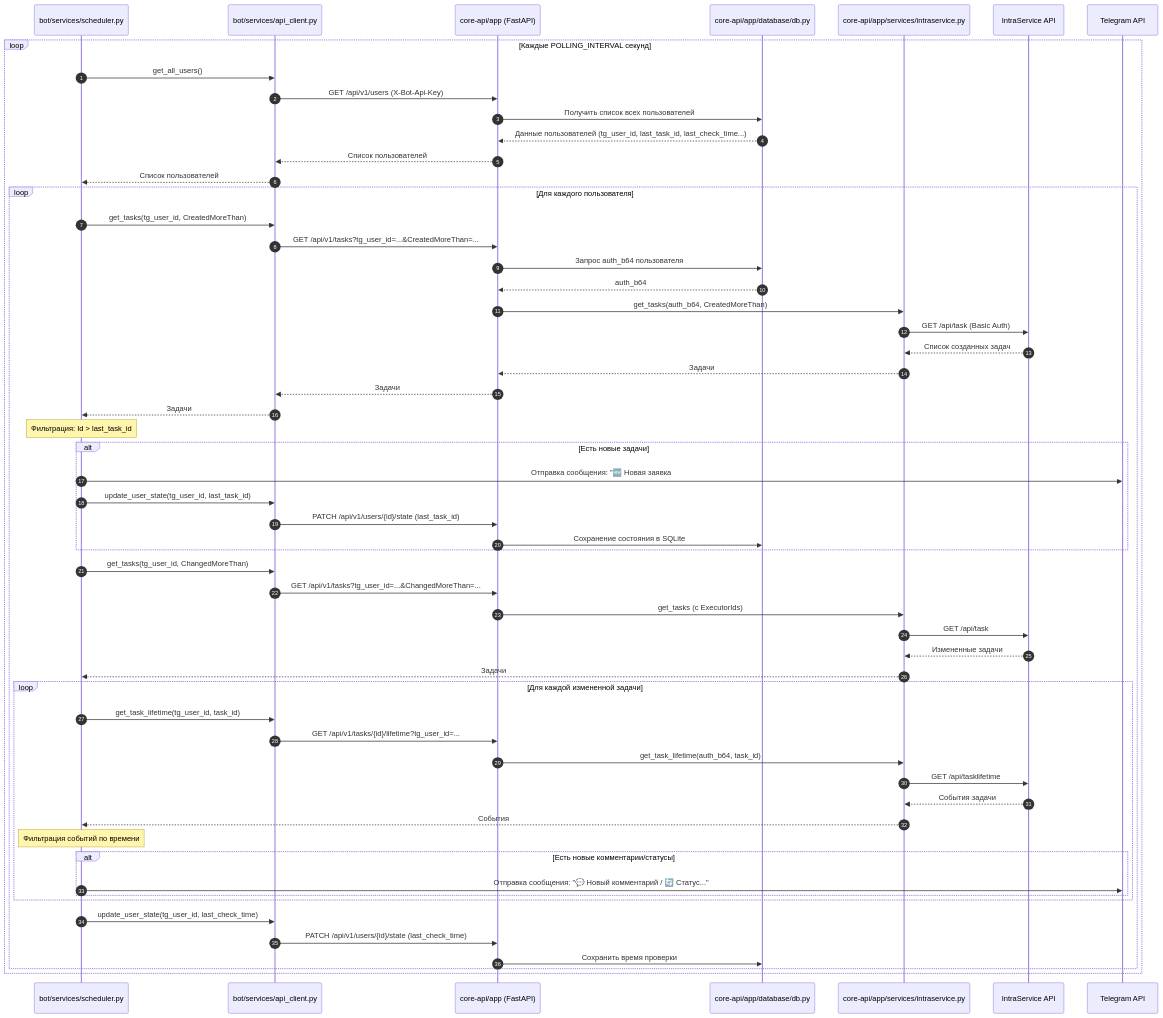
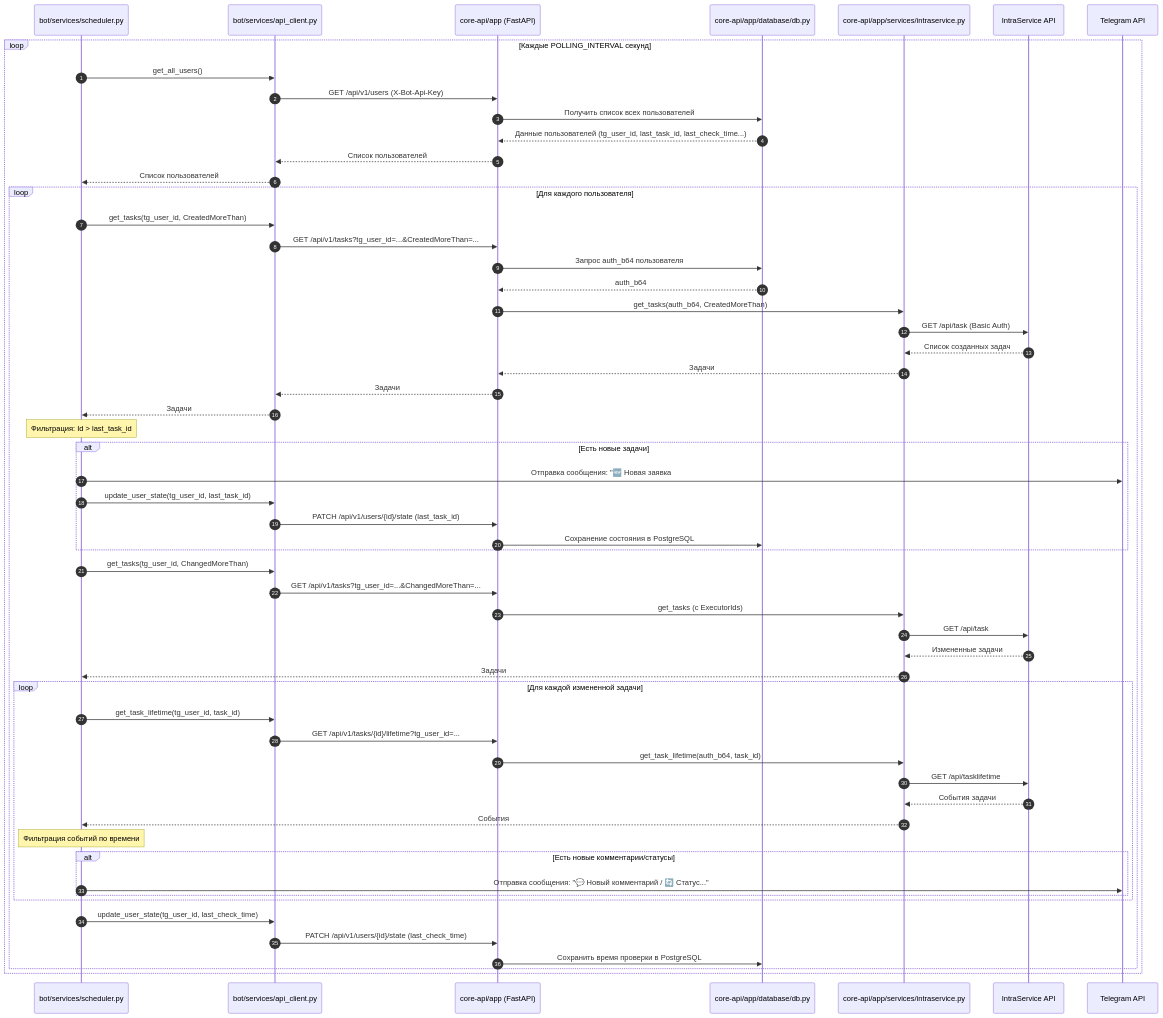
The third of 3 diagrams in docs/architecture_schema.md (Unlesssebl/IntraLink), drawn with Mermaid before and after one commit. The commit also changed other lines of this file and 5 other files, not shown here.

Commit message:
feat: migrate core-api database to postgresql

````diff
--- a/docs/architecture_schema.md
+++ b/docs/architecture_schema.md
@@ -129,66 +132,66 @@
 ```mermaid
 sequenceDiagram
     autonumber
     participant Sch as bot/services/scheduler.py
     participant BotC as bot/services/api_client.py
     participant CoreAPI as core-api/app (FastAPI)
     participant CoreDB as core-api/app/database/db.py
     participant CoreIS as core-api/app/services/intraservice.py
     participant IS as IntraService API
     participant TG as Telegram API
 
     loop Каждые POLLING_INTERVAL секунд
         Sch->>BotC: get_all_users()
         BotC->>CoreAPI: GET /api/v1/users (X-Bot-Api-Key)
         CoreAPI->>CoreDB: Получить список всех пользователей
         CoreDB-->>CoreAPI: Данные пользователей (tg_user_id, last_task_id, last_check_time...)
         CoreAPI-->>BotC: Список пользователей
         BotC-->>Sch: Список пользователей
         
         loop Для каждого пользователя
             %% 1. Новые задачи
             Sch->>BotC: get_tasks(tg_user_id, CreatedMoreThan)
             BotC->>CoreAPI: GET /api/v1/tasks?tg_user_id=...&CreatedMoreThan=...
             CoreAPI->>CoreDB: Запрос auth_b64 пользователя
             CoreDB-->>CoreAPI: auth_b64
             CoreAPI->>CoreIS: get_tasks(auth_b64, CreatedMoreThan)
             CoreIS->>IS: GET /api/task (Basic Auth)
             IS-->>CoreIS: Список созданных задач
             CoreIS-->>CoreAPI: Задачи
             CoreAPI-->>BotC: Задачи
             BotC-->>Sch: Задачи
             Note over Sch: Фильтрация: Id > last_task_id
             alt Есть новые задачи
                 Sch->>TG: Отправка сообщения: "🆕 Новая заявка #ID"
                 Sch->>BotC: update_user_state(tg_user_id, last_task_id)
                 BotC->>CoreAPI: PATCH /api/v1/users/{id}/state (last_task_id)
-                CoreAPI->>CoreDB: Сохранение состояния в SQLite
+                CoreAPI->>CoreDB: Сохранение состояния в PostgreSQL
             end
 
             %% 2. Изменения / комментарии
             Sch->>BotC: get_tasks(tg_user_id, ChangedMoreThan)
             BotC->>CoreAPI: GET /api/v1/tasks?tg_user_id=...&ChangedMoreThan=...
             CoreAPI->>CoreIS: get_tasks (с ExecutorIds)
             CoreIS->>IS: GET /api/task
             IS-->>CoreIS: Измененные задачи
             CoreIS-->>Sch: Задачи
             
             loop Для каждой измененной задачи
                 Sch->>BotC: get_task_lifetime(tg_user_id, task_id)
                 BotC->>CoreAPI: GET /api/v1/tasks/{id}/lifetime?tg_user_id=...
                 CoreAPI->>CoreIS: get_task_lifetime(auth_b64, task_id)
                 CoreIS->>IS: GET /api/tasklifetime
                 IS-->>CoreIS: События задачи
                 CoreIS-->>Sch: События
                 Note over Sch: Фильтрация событий по времени
                 alt Есть новые комментарии/статусы
                     Sch->>TG: Отправка сообщения: "💬 Новый комментарий / 🔄 Статус..."
                 end
             end
 
             Sch->>BotC: update_user_state(tg_user_id, last_check_time)
             BotC->>CoreAPI: PATCH /api/v1/users/{id}/state (last_check_time)
-            CoreAPI->>CoreDB: Сохранить время проверки
+            CoreAPI->>CoreDB: Сохранить время проверки в PostgreSQL
         end
     end
 ```
````
